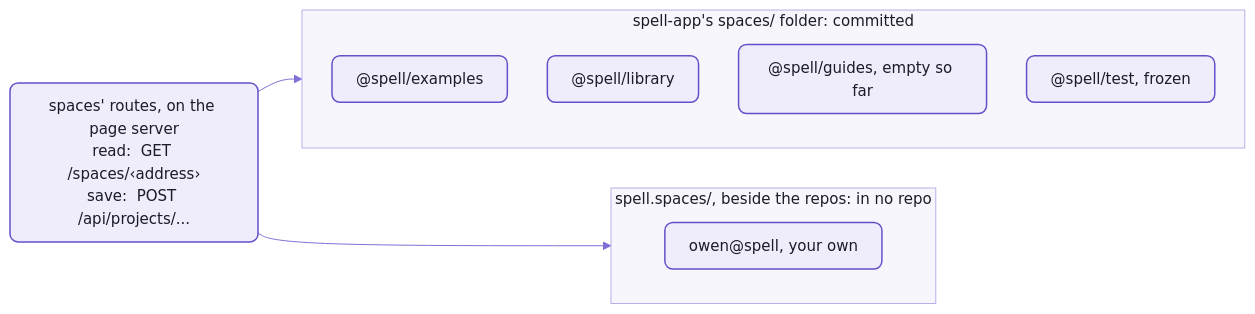
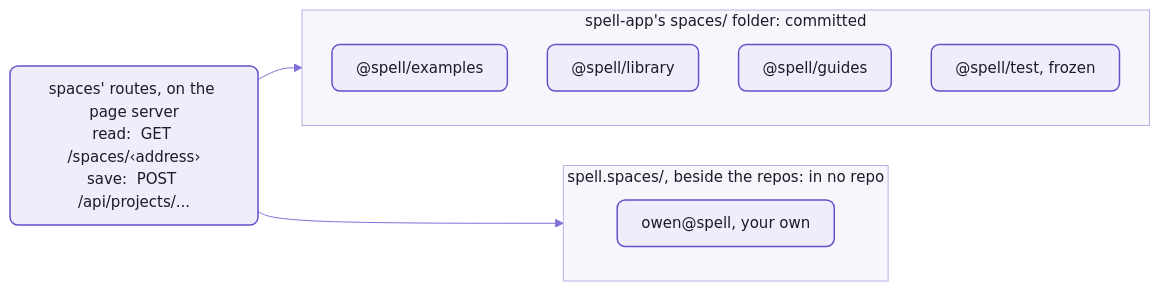
The first of 2 diagrams in app/README-spaces.md (spell-app/spell), drawn with Mermaid before and after one commit. The commit also changed other lines of this file and 4 other files, not shown here.

Commit message:
debut P11:  Doc Review -- READMEs:  the editor's three looks and Purple code, the right column's five tabs, the public preview (spell app preview build | serve, with a picture), the twelve guides, and the guides group in spaces

````diff
--- a/app/README-spaces.md
+++ b/app/README-spaces.md
@@ -37,18 +37,18 @@
 ```mermaid
 %%{init: {"theme":"base","themeVariables":{"fontFamily":"-apple-system, BlinkMacSystemFont, Segoe UI, Helvetica, Arial, sans-serif","fontSize":"15px","primaryColor":"#EFECFB","primaryBorderColor":"#6550CA","primaryTextColor":"#1A1C27","secondaryColor":"#F4F1E9","tertiaryColor":"#F7F6FC","lineColor":"#7F6FD6","textColor":"#7F6FD6","clusterBkg":"#F7F6FC","clusterBorder":"#B9B0E8","titleColor":"#1A1C27","edgeLabelBackground":"#F7F6FC","actorBkg":"#EFECFB","actorBorder":"#6550CA","actorTextColor":"#1A1C27","actorLineColor":"#9C90DE","signalColor":"#7F6FD6","signalTextColor":"#7F6FD6","labelBoxBkgColor":"#EFECFB","labelBoxBorderColor":"#6550CA","labelTextColor":"#1A1C27","loopTextColor":"#7F6FD6","noteBkgColor":"#F1E7D4","noteBorderColor":"#C9B48A","noteTextColor":"#1A1C27","activationBkgColor":"#DCD6F7","activationBorderColor":"#6550CA","sequenceNumberColor":"#FFFFFF"},"flowchart":{"curve":"basis","padding":12,"nodeSpacing":40,"rankSpacing":44}}}%%
 flowchart LR
   server["spaces' routes, on the page server<br/>read:  GET /spaces/‹address›<br/>save:  POST /api/projects/..."]
   subgraph app["spell-app's spaces/ folder:  committed"]
     examples["@spell/examples"]
     library["@spell/library"]
-    guides["@spell/guides, empty so far"]
+    guides["@spell/guides"]
     tests["@spell/test, frozen"]
   end
   subgraph yours["spell.spaces/, beside the repos:  in no repo"]
     own["owen@spell, your own"]
   end
   server --> app
   server --> yours
   %% the Spell look:  yarn mermaid:pretty
   classDef default fill:#EFECFB,stroke:#6550CA,stroke-width:1.5px,color:#1A1C27,rx:8px,ry:8px
 ```
````
